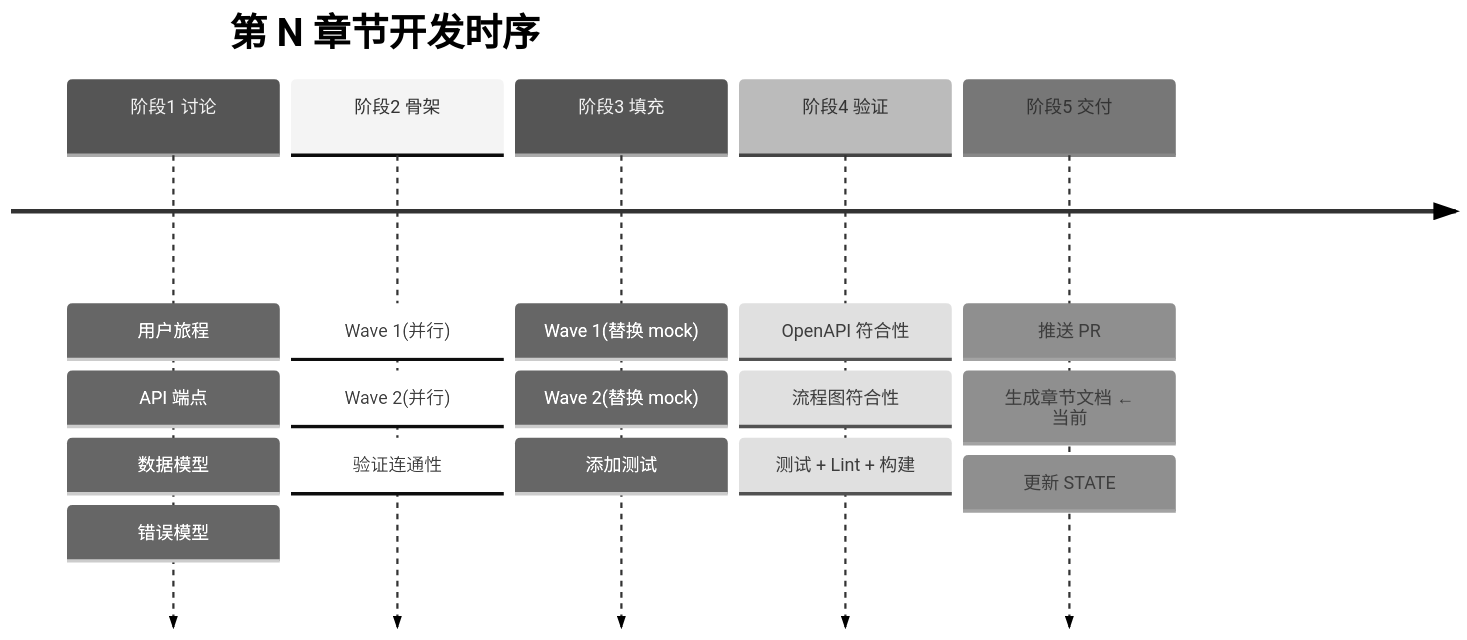
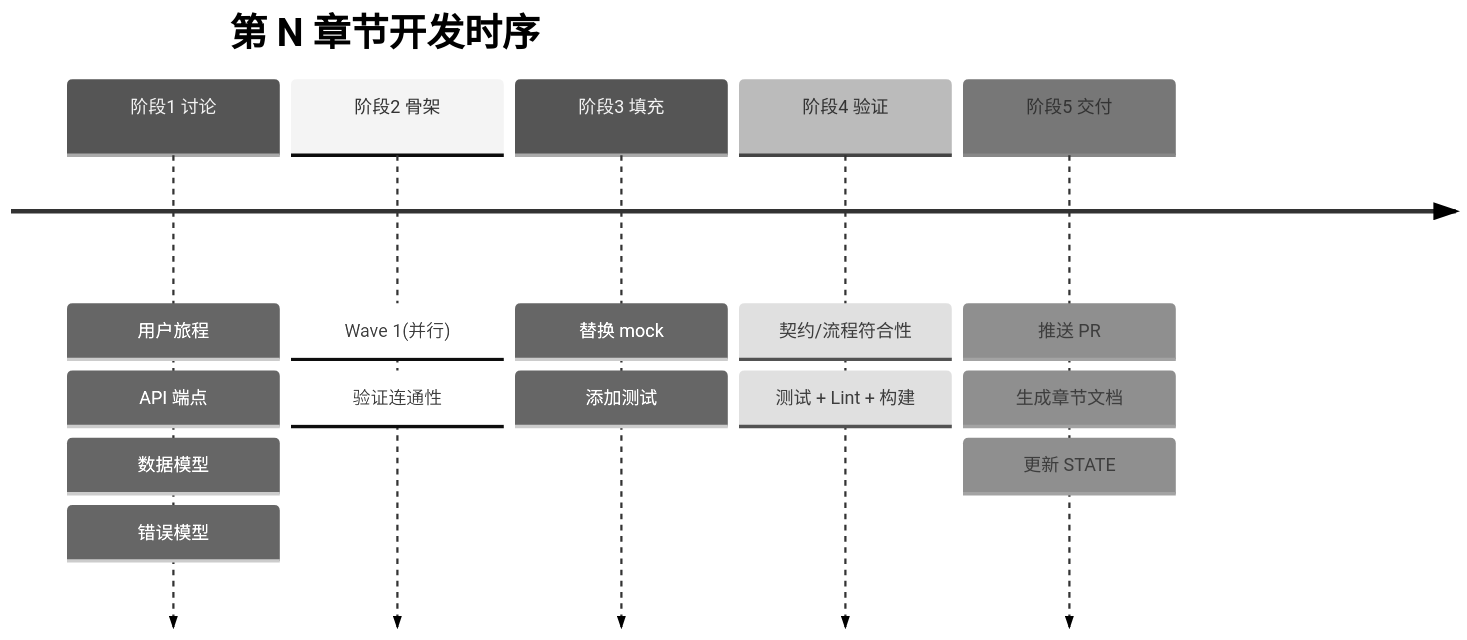
The diagram in templates/chapter.md (075dev/qiling), drawn with Mermaid (neutral theme) before and after one commit. The commit also changed other lines of this file and 19 other files, not shown here.

````diff
--- a/templates/chapter.md
+++ b/templates/chapter.md
@@ -208,20 +147,9 @@
 ```mermaid
 timeline
     title 第 N 章节开发时序
-    阶段1 讨论 : 用户旅程
-                : API 端点
-                : 数据模型
-                : 错误模型
-    阶段2 骨架 : Wave 1(并行)
-              : Wave 2(并行)
-              : 验证连通性
-    阶段3 填充 : Wave 1(替换 mock)
-              : Wave 2(替换 mock)
-              : 添加测试
-    阶段4 验证 : OpenAPI 符合性
-              : 流程图符合性
-              : 测试 + Lint + 构建
-    阶段5 交付 : 推送 PR
-              : 生成章节文档  ← 当前
-              : 更新 STATE
+    阶段1 讨论 : 用户旅程 : API 端点 : 数据模型 : 错误模型
+    阶段2 骨架 : Wave 1(并行) : 验证连通性
+    阶段3 填充 : 替换 mock : 添加测试
+    阶段4 验证 : 契约/流程符合性 : 测试 + Lint + 构建
+    阶段5 交付 : 推送 PR : 生成章节文档 : 更新 STATE
 ```
````
